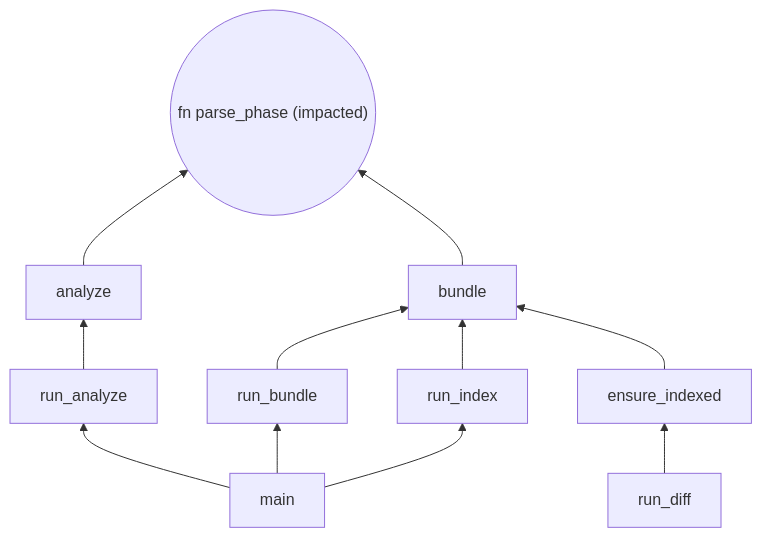
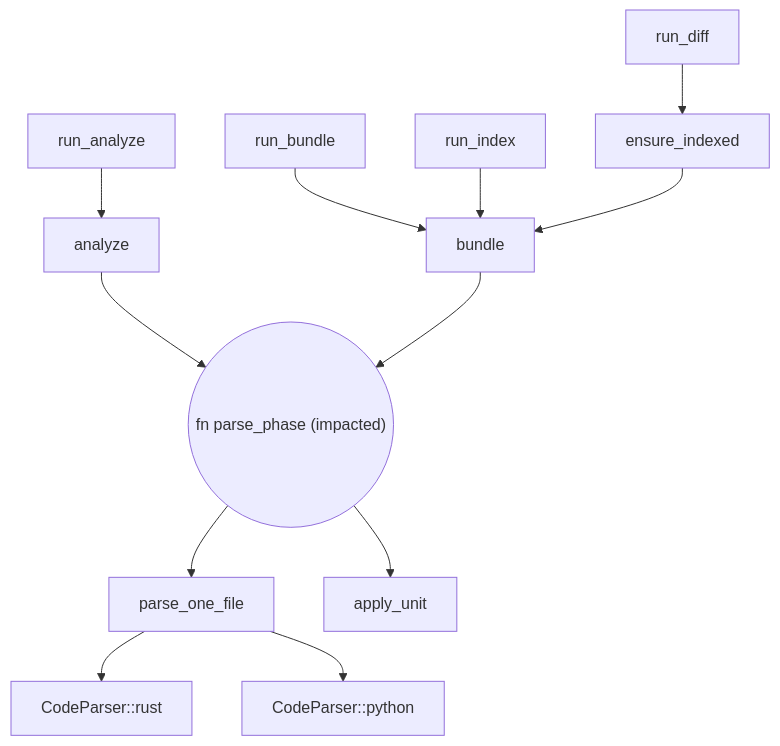
The second of 6 diagrams in README.md (anatta-rs/ast-to-mermaid), drawn with Mermaid before and after one commit. The commit also changed other lines of this file and 16 other files, not shown here.

First line of the commit message:
fix!: honest diagrams — 0.6.0 review batch + golden harness (v0.7.0) (#168)

````diff
--- a/README.md
+++ b/README.md
@@ -53,22 +53,26 @@
 ```mermaid
-graph BT
+graph TD
     parse_phase(("fn parse_phase (impacted)"))
-    main["main"]
     run_analyze["run_analyze"]
     run_bundle["run_bundle"]
     run_index["run_index"]
     run_diff["run_diff"]
     ensure_indexed["ensure_indexed"]
     analyze["analyze"]
     bundle["bundle"]
-    main --> run_analyze
-    main --> run_bundle
-    main --> run_index
+    parse_one_file["parse_one_file"]
+    apply_unit["apply_unit"]
+    parser_rust["CodeParser::rust"]
+    parser_python["CodeParser::python"]
     run_analyze --> analyze
     run_bundle --> bundle
     run_index --> bundle
     run_diff --> ensure_indexed
     ensure_indexed --> bundle
     analyze --> parse_phase
     bundle --> parse_phase
+    parse_phase --> parse_one_file
+    parse_phase --> apply_unit
+    parse_one_file --> parser_rust
+    parse_one_file --> parser_python
 ```
````
